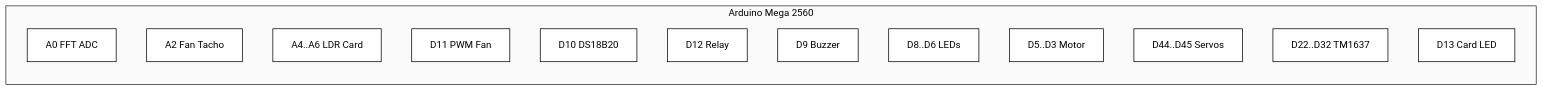
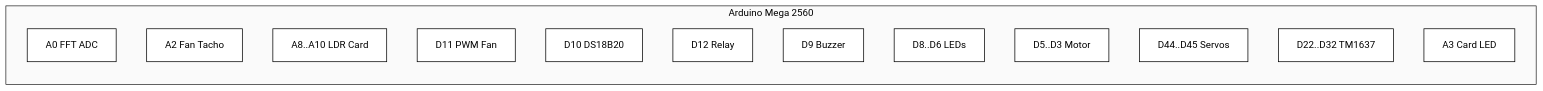
One commit to Teera235/INC-MINI-project changed the second of 4 diagrams in README.md. Above: the diagram before and after it, drawn with Mermaid. The commit also changed other lines of this file and 2 other files, not shown here.

Commit message:
Integrate updated card reader, height-only scan, and step-pattern conveyor

````diff
--- a/README.md
+++ b/README.md
@@ -69,21 +69,21 @@
 ```mermaid
 %%{init: {'theme':'base','themeVariables':{'primaryColor':'#ffffff','primaryBorderColor':'#000000','primaryTextColor':'#000000','lineColor':'#000000','secondaryColor':'#f5f5f5','clusterBkg':'#fafafa','clusterBorder':'#000000'}}}%%
 flowchart LR
     subgraph MCU[Arduino Mega 2560]
       M1[A0 FFT ADC]
       M2[A2 Fan Tacho]
-      M3[A4..A6 LDR Card]
+      M3[A8..A10 LDR Card]
       M4[D11 PWM Fan]
       M5[D10 DS18B20]
       M6[D12 Relay]
       M7[D9 Buzzer]
       M8[D8..D6 LEDs]
       M9[D5..D3 Motor]
       M10[D44..D45 Servos]
       M11[D22..D32 TM1637]
-      M12[D13 Card LED]
+      M12[A3 Card LED]
     end
 
     classDef mcu fill:#ffffff,stroke:#000000,stroke-width:1.2px,color:#000000;
     class M1,M2,M3,M4,M5,M6,M7,M8,M9,M10,M11,M12 mcu;
 ```
````
